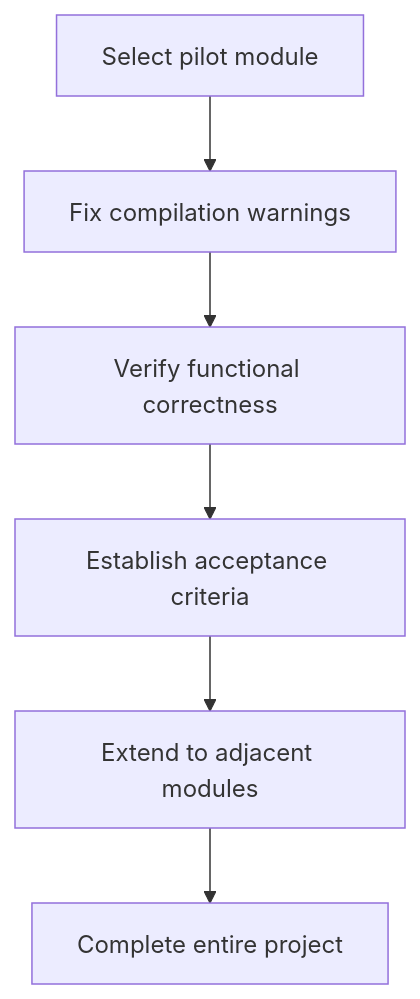
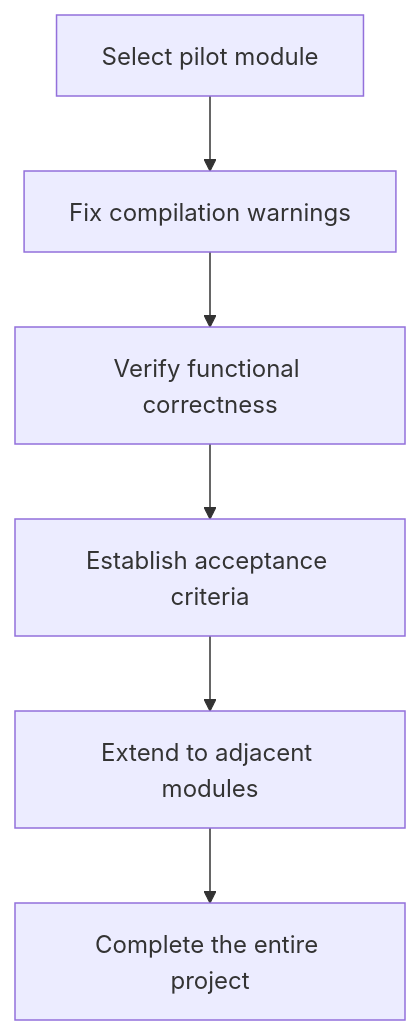
The diagram in packages/compiler/docs/en/guide/faq.md (vureact-js/docs), drawn with Mermaid before and after one commit. The commit also changed other lines of this file and 10 other files, not shown here.

````diff
--- a/packages/compiler/docs/en/guide/faq.md
+++ b/packages/compiler/docs/en/guide/faq.md
@@ -135,8 +124,8 @@
 ```mermaid
 graph TD
     A[Select pilot module] --> B[Fix compilation warnings]
     B --> C[Verify functional correctness]
     C --> D[Establish acceptance criteria]
     D --> E[Extend to adjacent modules]
-    E --> F[Complete entire project]
+    E --> F[Complete the entire project]
 ```
````
